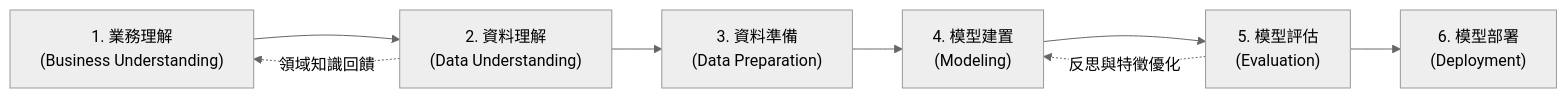
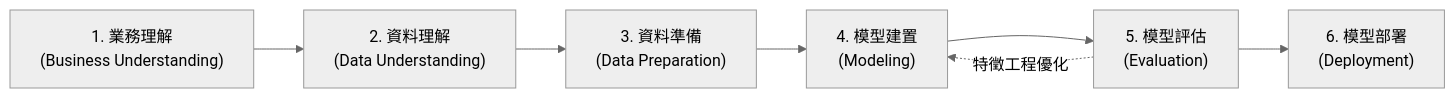
One commit to Kouou24/HW2_Linear_regression changed the diagram in README.md. Above: the diagram before and after it, drawn with Mermaid (neutral theme). The commit also changed other lines of this file and 18 other files, not shown here.

````diff
--- a/README.md
+++ b/README.md
@@ -56,10 +71,9 @@
 ```mermaid
 flowchart LR
     A["1. 業務理解<br>(Business Understanding)"] --> B["2. 資料理解<br>(Data Understanding)"]
     B --> C["3. 資料準備<br>(Data Preparation)"]
     C --> D["4. 模型建置<br>(Modeling)"]
     D --> E["5. 模型評估<br>(Evaluation)"]
     E --> F["6. 模型部署<br>(Deployment)"]
-    E -.->|反思與特徵優化| D
-    B -.->|領域知識回饋| A
+    E -.->|特徵工程優化| D
 ```
````
